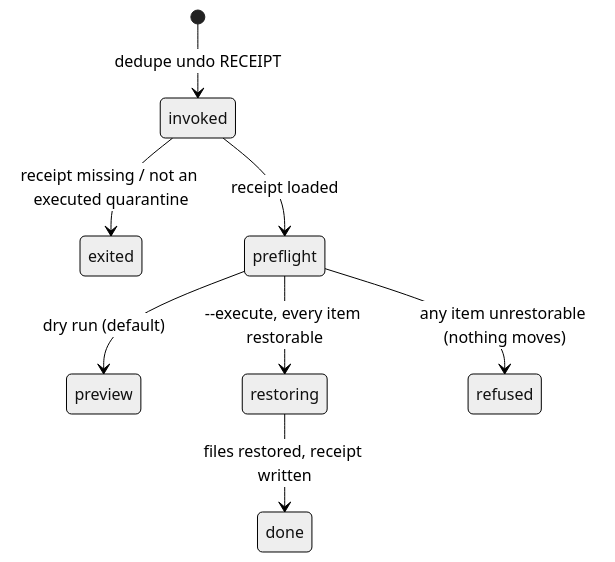
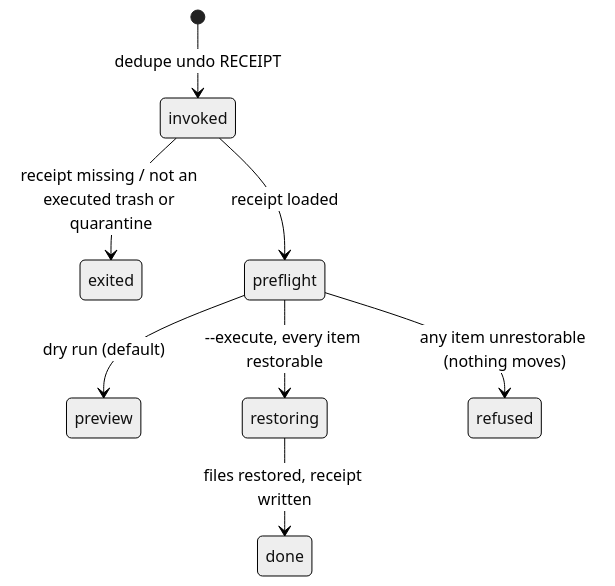
Before and after one commit to sethsaler/dedupe: the diagram in docs/product-description/cli/undo.md, drawn with Mermaid (neutral theme). The commit also changed other lines of this file and 14 other files, not shown here.

Commit message:
feat: undo executed Trash/Quarantine actions from the UI via their receipts

````diff
--- a/docs/product-description/cli/undo.md
+++ b/docs/product-description/cli/undo.md
@@ -13,10 +13,10 @@
 ```mermaid
 stateDiagram-v2
     [*] --> invoked : dedupe undo RECEIPT
-    invoked --> exited : receipt missing / not an executed quarantine
+    invoked --> exited : receipt missing / not an executed trash or quarantine
     invoked --> preflight : receipt loaded
     preflight --> preview : dry run (default)
     preflight --> restoring : --execute, every item restorable
     preflight --> refused : any item unrestorable (nothing moves)
     restoring --> done : files restored, receipt written
 ```
````
